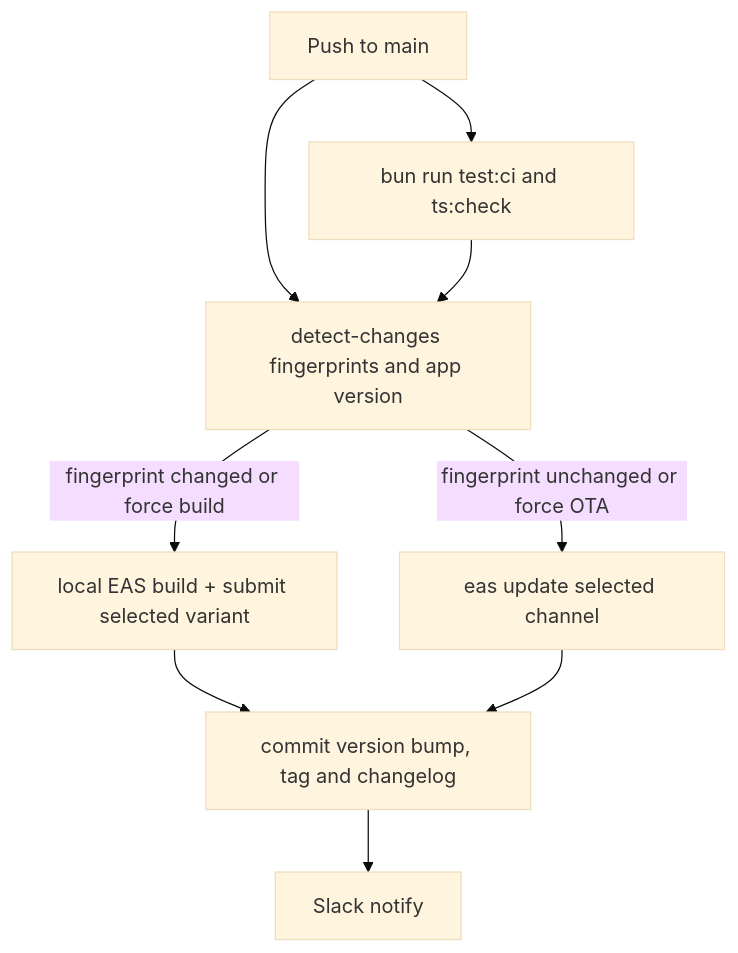
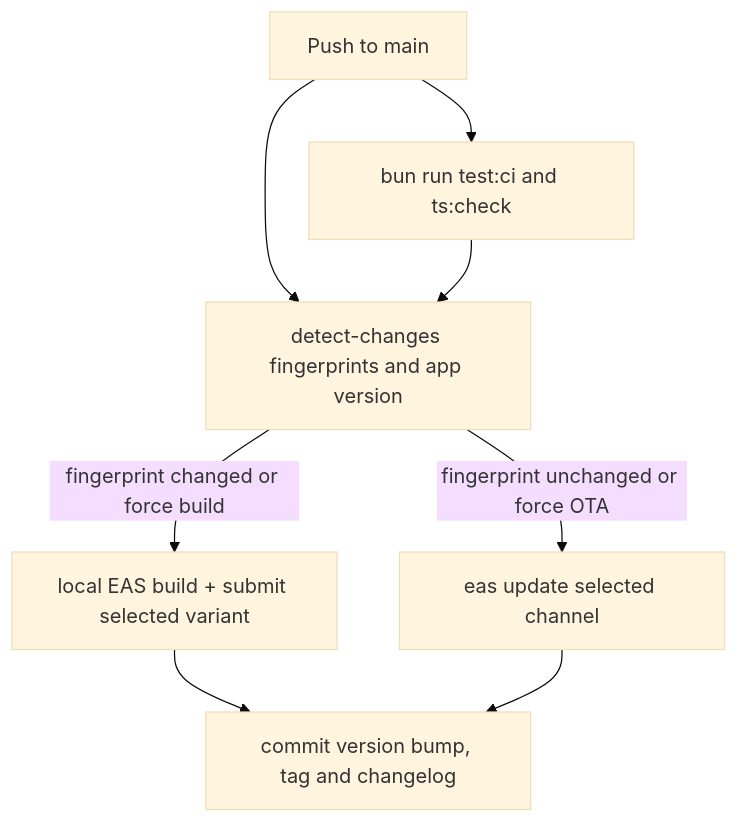
One commit to luke-h1/foam changed the second of 4 diagrams in README.md. Above: the diagram before and after it, drawn with Mermaid (base theme). The commit also changed other lines of this file and 11 other files, not shown here.

````diff
--- a/README.md
+++ b/README.md
@@ -527,11 +527,10 @@
 ```mermaid
 flowchart TD
   A[Push to main] --> D[detect-changes fingerprints and app version]
   A --> T[bun run test:ci and ts:check]
   T --> D
   D -->|fingerprint changed or force build| B[local EAS build + submit selected variant]
   D -->|fingerprint unchanged or force OTA| U[eas update selected channel]
   B --> R[commit version bump, tag and changelog]
   U --> R
-  R --> S[Slack notify]
 ```
````
